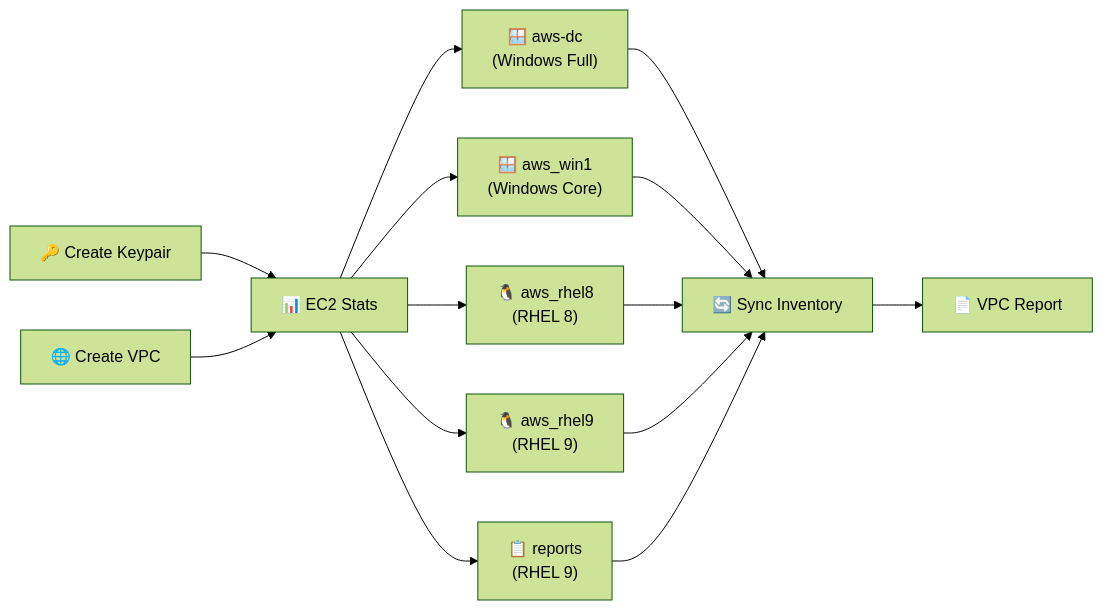
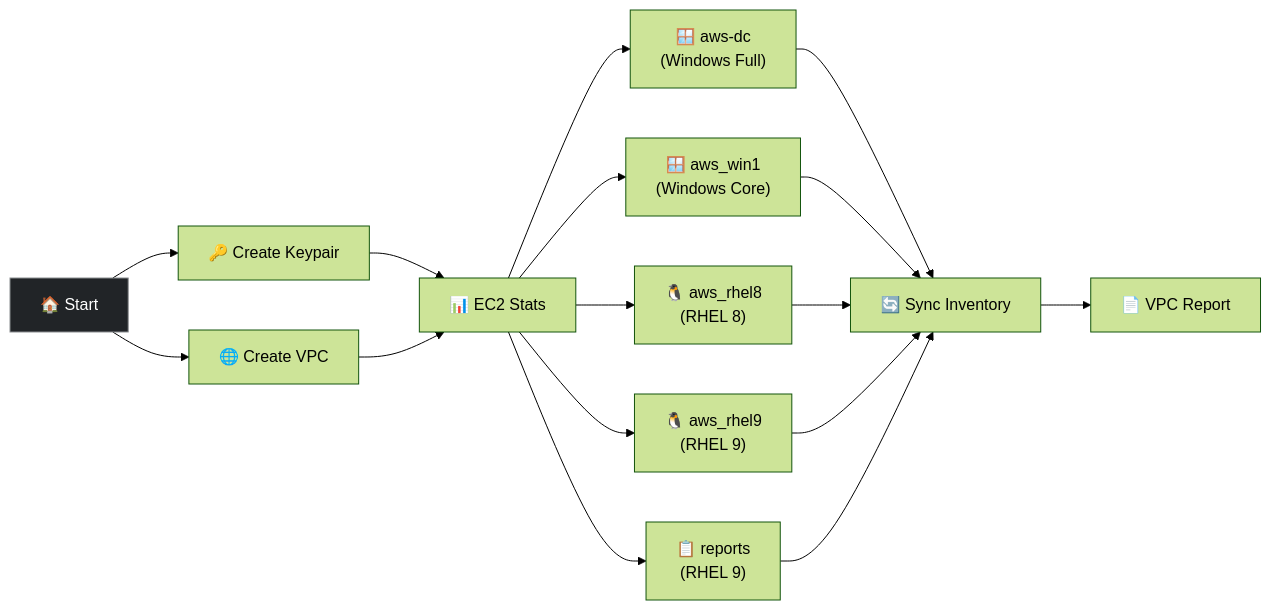
Before and after one commit to ansible/product-demos: the diagram in cloud/docs/deploy-cloud-stack.md, drawn with Mermaid (forest theme). The commit also changed 9 other files, not shown here.

First line of the commit message:
docs: add AAP-style Start node to all workflow Mermaid diagrams

````diff
--- a/cloud/docs/deploy-cloud-stack.md
+++ b/cloud/docs/deploy-cloud-stack.md
@@ -22,16 +22,20 @@
 ```mermaid
 graph LR
+  S["🏠 Start"]
+  S --> A
+  S --> B
   A["🔑 Create Keypair"] --> C["📊 EC2 Stats"]
   B["🌐 Create VPC"] --> C
   C --> D["🪟 aws-dc\n(Windows Full)"]
   C --> E["🪟 aws_win1\n(Windows Core)"]
   C --> F["🐧 aws_rhel8\n(RHEL 8)"]
   C --> G["🐧 aws_rhel9\n(RHEL 9)"]
   C --> H["📋 reports\n(RHEL 9)"]
   D --> I["🔄 Sync Inventory"]
   E --> I
   F --> I
   G --> I
   H --> I
   I --> J["📄 VPC Report"]
+  style S fill:#212427,stroke:#8a8d90,color:#fff
 ```
````
